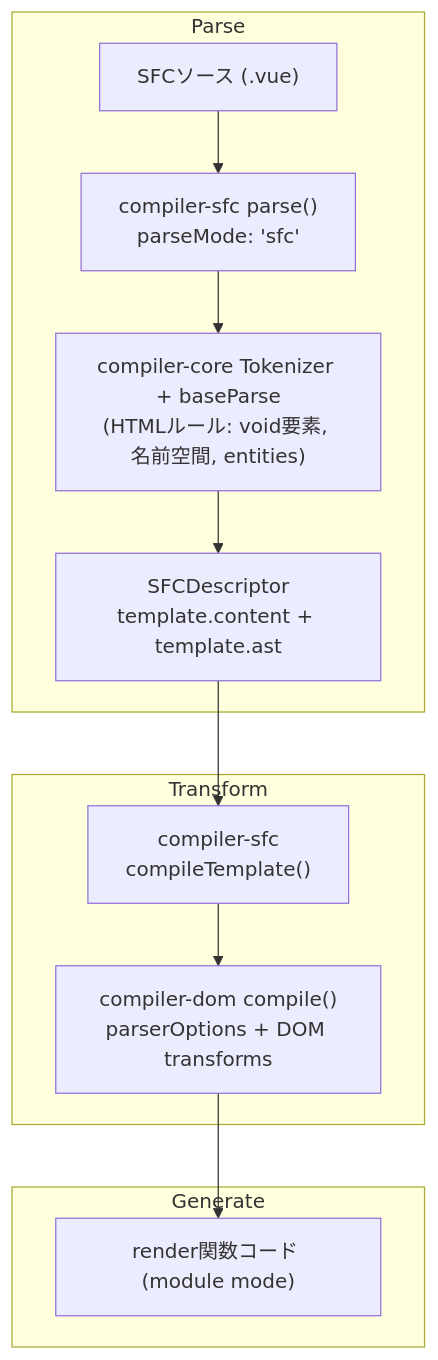
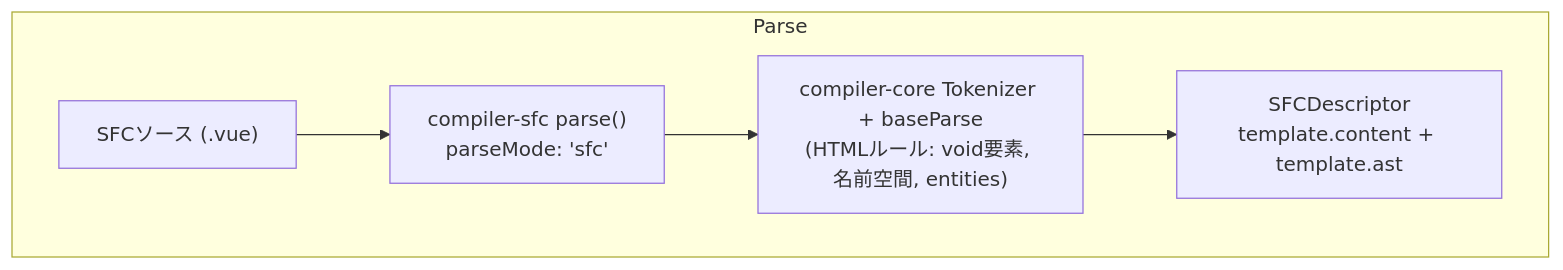
One commit to yamanoku/yamanoku.github.io changed the diagram in records/presentations/vuefes-japan-2026/slidev/slides.md. Above: the diagram before and after it, drawn with Mermaid. The commit also changed other lines of this file and 3 other files, not shown here.

````diff
--- a/records/presentations/vuefes-japan-2026/slidev/slides.md
+++ b/records/presentations/vuefes-japan-2026/slidev/slides.md
@@ -383,17 +360,8 @@
 ```mermaid
-flowchart TD
+flowchart
   subgraph Parse
     A["SFCソース (.vue)"] --> B["compiler-sfc parse()<br/>parseMode: 'sfc'"]
     B --> C["compiler-core Tokenizer + baseParse<br/>(HTMLルール: void要素, 名前空間, entities)"]
     C --> D["SFCDescriptor<br/>template.content + template.ast"]
   end
-  subgraph Transform
-    E["compiler-sfc<br/>compileTemplate()"]
-    E --> F["compiler-dom compile()<br/>parserOptions + DOM transforms"]
-  end
-  subgraph Generate
-    G["render関数コード (module mode)"]
-  end
-  D --> E
-  F --> G
 ```
````
